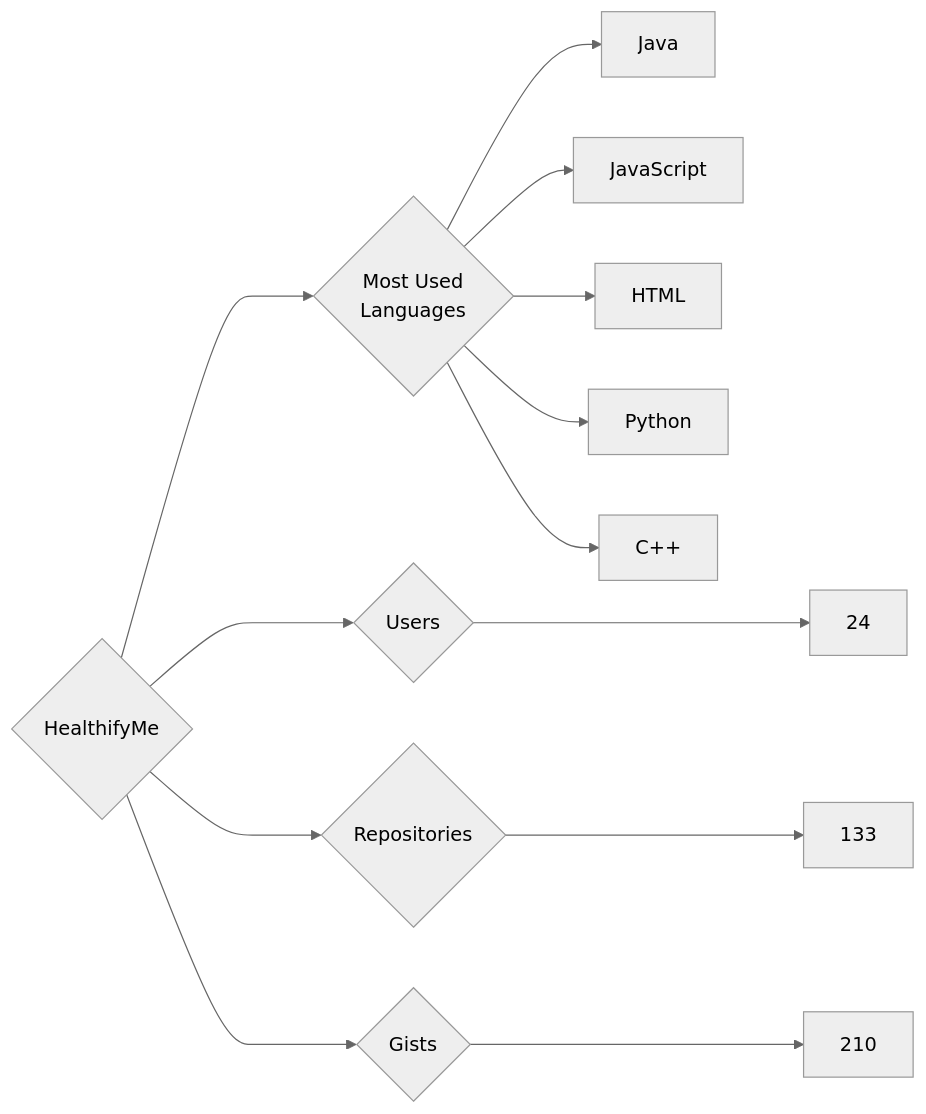
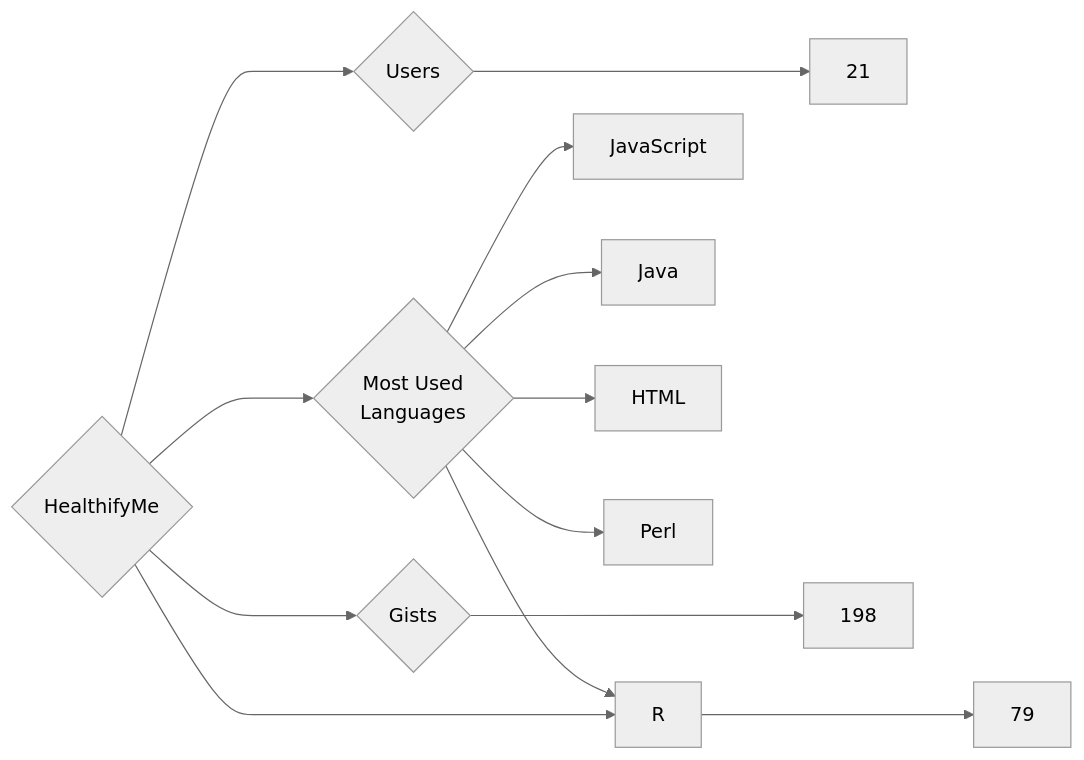
One commit to trickest/insiders changed the diagram in targets/HealthifyMe/README.md. Above: the diagram before and after it, drawn with Mermaid (neutral theme). The commit also changed 681 other files, not shown here.

````diff
--- a/targets/HealthifyMe/README.md
+++ b/targets/HealthifyMe/README.md
@@ -3,13 +3,13 @@
 ```mermaid
 graph LR
 COMPANY_NAME{HealthifyMe}
-COMPANY_NAME ---> U{Users} ---> UN[24]
-COMPANY_NAME ---> R{Repositories} ---> RN[133]
-COMPANY_NAME ---> G{Gists} ---> GN[210]
+COMPANY_NAME ---> U{Users} ---> UN[21]
+COMPANY_NAME ---> R{Repositories} ---> RN[79]
+COMPANY_NAME ---> G{Gists} ---> GN[198]
 COMPANY_NAME ---> ML{Most Used<br>Languages}
+ML --> JavaScript[JavaScript]
 ML --> Java[Java]
-ML --> JavaScript[JavaScript]
 ML --> HTML[HTML]
-ML --> Python[Python]
-ML --> C++[C++]
+ML --> Perl[Perl]
+ML --> R[R]
 ```
````
